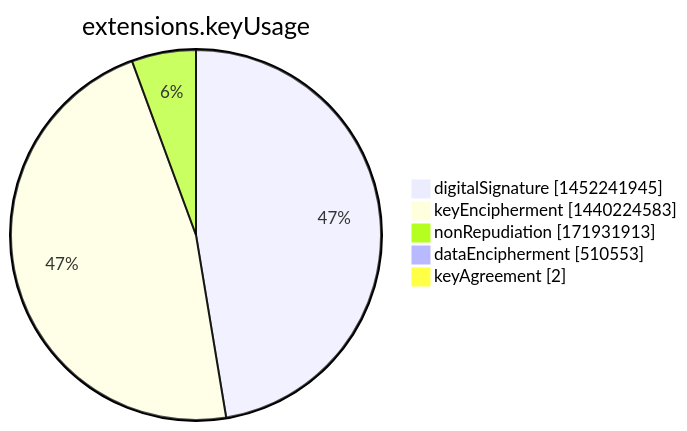
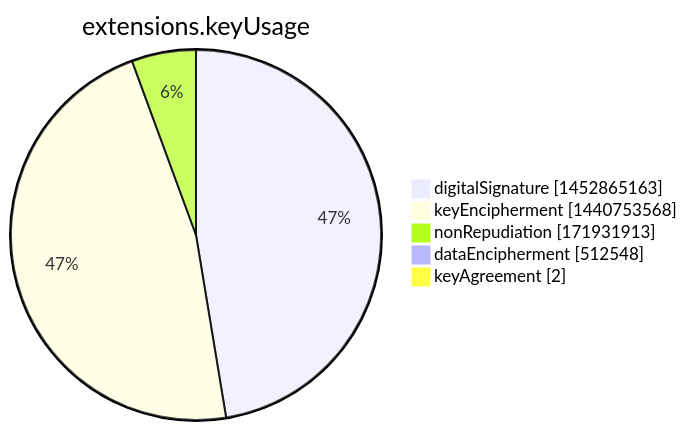
One commit to christiankrug/ctmonitor_visualization changed the seventh of 15 diagrams in argon2022/README.md. Above: the diagram before and after it, drawn with Mermaid. The commit also changed other lines of this file, not shown here.

````diff
--- a/argon2022/README.md
+++ b/argon2022/README.md
@@ -2751,9 +2751,9 @@
 ```mermaid
 pie showData
 title extensions.keyUsage
-"digitalSignature" :1452241945
-"keyEncipherment" :1440224583
+"digitalSignature" :1452865163
+"keyEncipherment" :1440753568
 "nonRepudiation" :171931913
-"dataEncipherment" :510553
+"dataEncipherment" :512548
 "keyAgreement" :2
 ```
````
